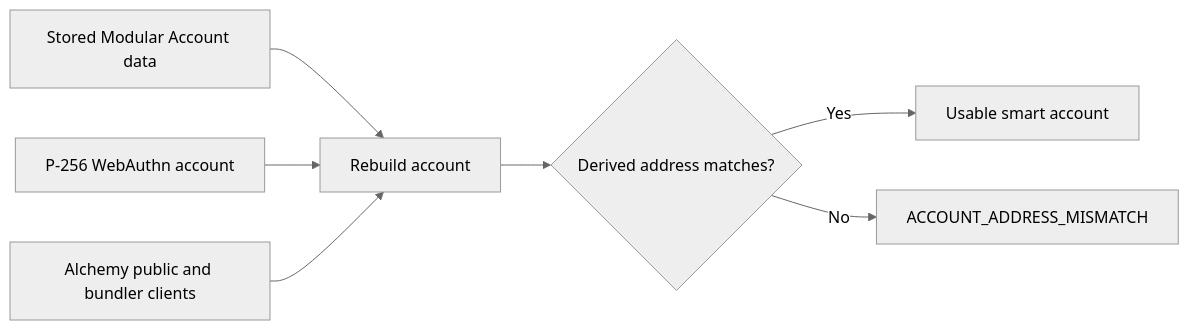
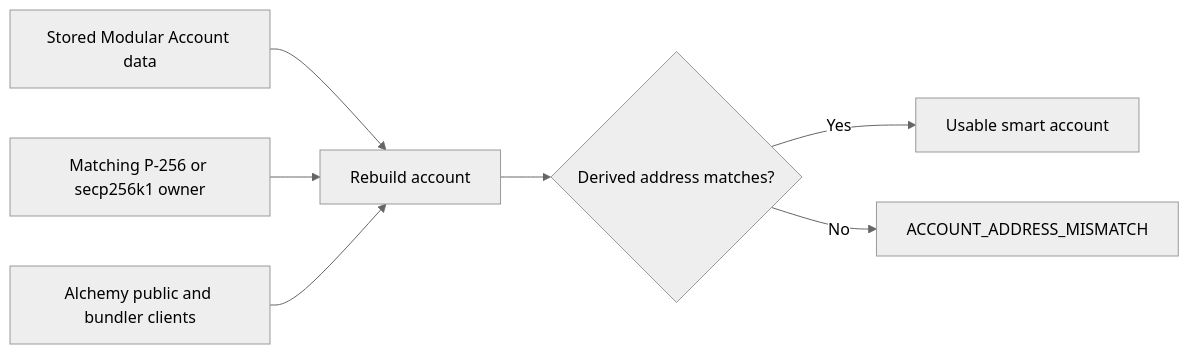
Before and after one commit to thenamespace/namera: the second of 2 diagrams in architecture/evm/accounts/README.md, drawn with Mermaid (neutral theme). The commit also changed other lines of this file and 15 other files, not shown here.

Commit message:
feat(evm): support secp256k1 account owners

````diff
--- a/architecture/evm/accounts/README.md
+++ b/architecture/evm/accounts/README.md
@@ -60,9 +71,9 @@
 ```mermaid
 flowchart LR
   Stored[Stored Modular Account data] --> Build[Rebuild account]
-  Owner[P-256 WebAuthn account] --> Build
+  Owner[Matching P-256 or secp256k1 owner] --> Build
   Client[Alchemy public and bundler clients] --> Build
   Build --> Compare{Derived address matches?}
   Compare -->|Yes| Ready[Usable smart account]
   Compare -->|No| Error[ACCOUNT_ADDRESS_MISMATCH]
 ```
````
